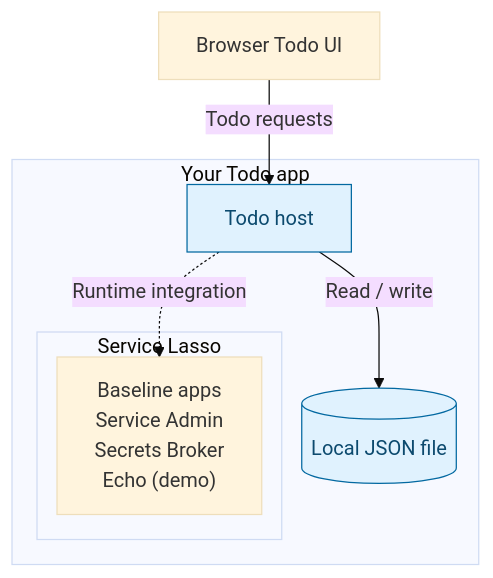
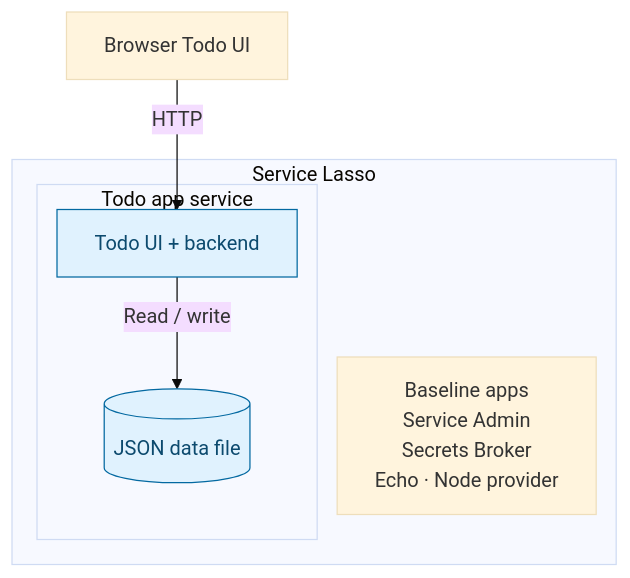
Before and after one commit to service-lasso/service-lasso: the diagram in docs/getting-started/beginner-todo-app.md, drawn with Mermaid (base theme). The commit also changed other lines of this file and 18 other files, not shown here.

Commit message:
docs(1658): teach runnable managed Todo service progression

````diff
--- a/docs/getting-started/beginner-todo-app.md
+++ b/docs/getting-started/beginner-todo-app.md
@@ -18,19 +20,18 @@
 ```mermaid
 %%{init: {"flowchart": {"nodeSpacing": 12, "rankSpacing": 40}}}%%
 flowchart TB
-  accTitle: Stage 1: Todo application and managed services
-  accDescr: The Todo application owns its host and storage. Service Lasso manages Service Admin, Secrets Broker and Echo, with PostgreSQL added in stage 2 and a Go Todo API added in stage 3. Local JSON and database files are storage, not services.
+  accTitle: Stage 1: Add a managed Todo app
+  accDescr: Service Lasso manages the Todo app from stage one alongside baseline apps. Stage two adds PostgreSQL. Stage three adds a Go API between the Todo service and database. JSON storage belongs to the Todo service and is not a separate service.
   browser["Browser Todo UI"]
-  subgraph app["Your Todo app"]
-    host["Todo host"]
-    file[("Local JSON file")]
-    subgraph lasso["Service Lasso"]
-      baseline["Baseline apps<br/>Service Admin<br/>Secrets Broker<br/>Echo (demo)"]
+  subgraph lasso["Service Lasso"]
+    baseline["Baseline apps<br/>Service Admin<br/>Secrets Broker<br/>Echo · Node provider"]
+    subgraph app["Todo app service"]
+      todo["Todo UI + backend"]
+      file[("JSON data file")]
+      todo -->|Read / write| file
     end
   end
-  browser -->|Todo requests| host
-  host -->|Read / write| file
-  host -. Runtime integration .-> baseline
+  browser -->|HTTP| todo
   classDef added fill:#e0f2fe,stroke:#0369a1,color:#0c4a6e
-  class host,file added
+  class todo,file added
 ```
````
